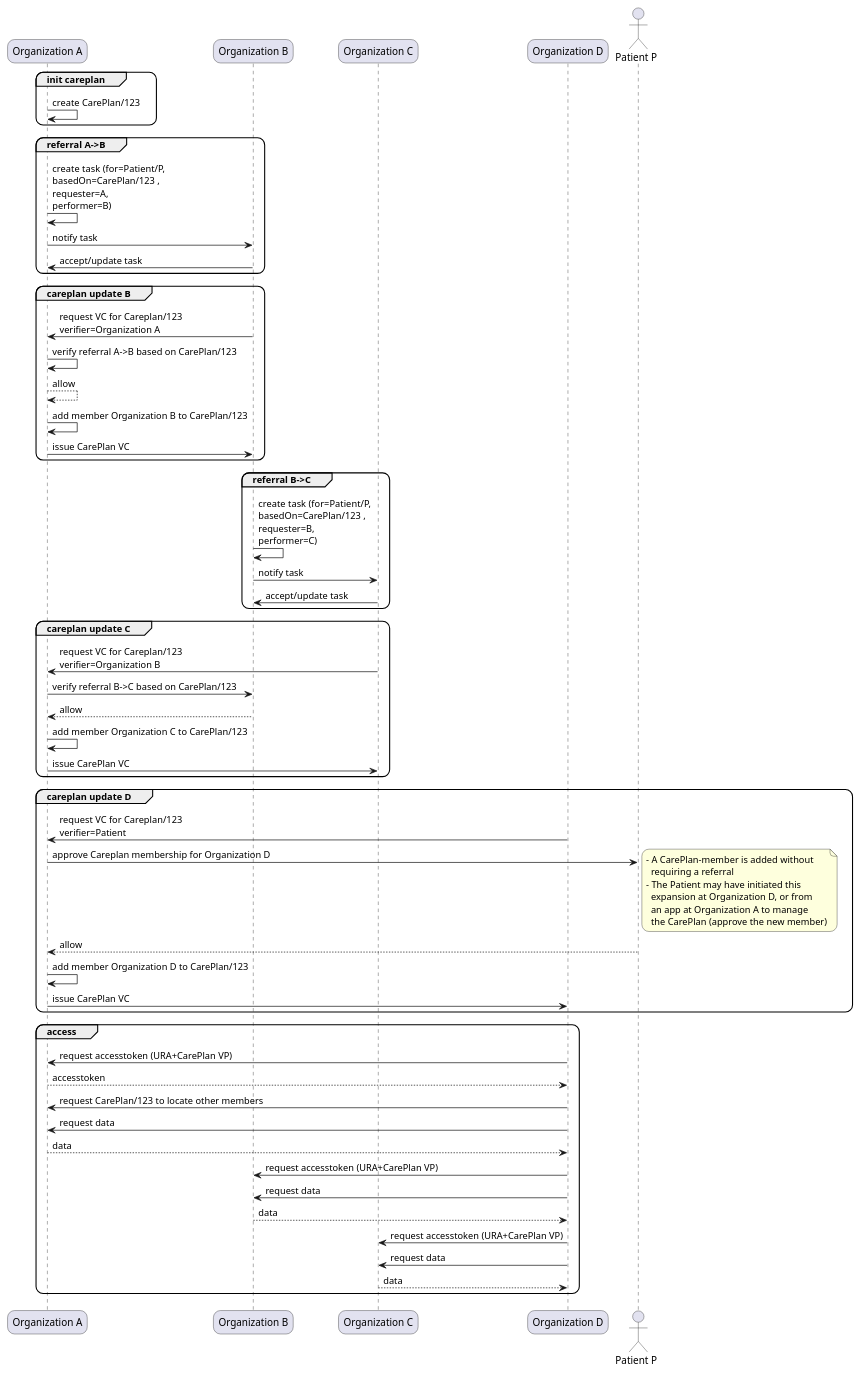
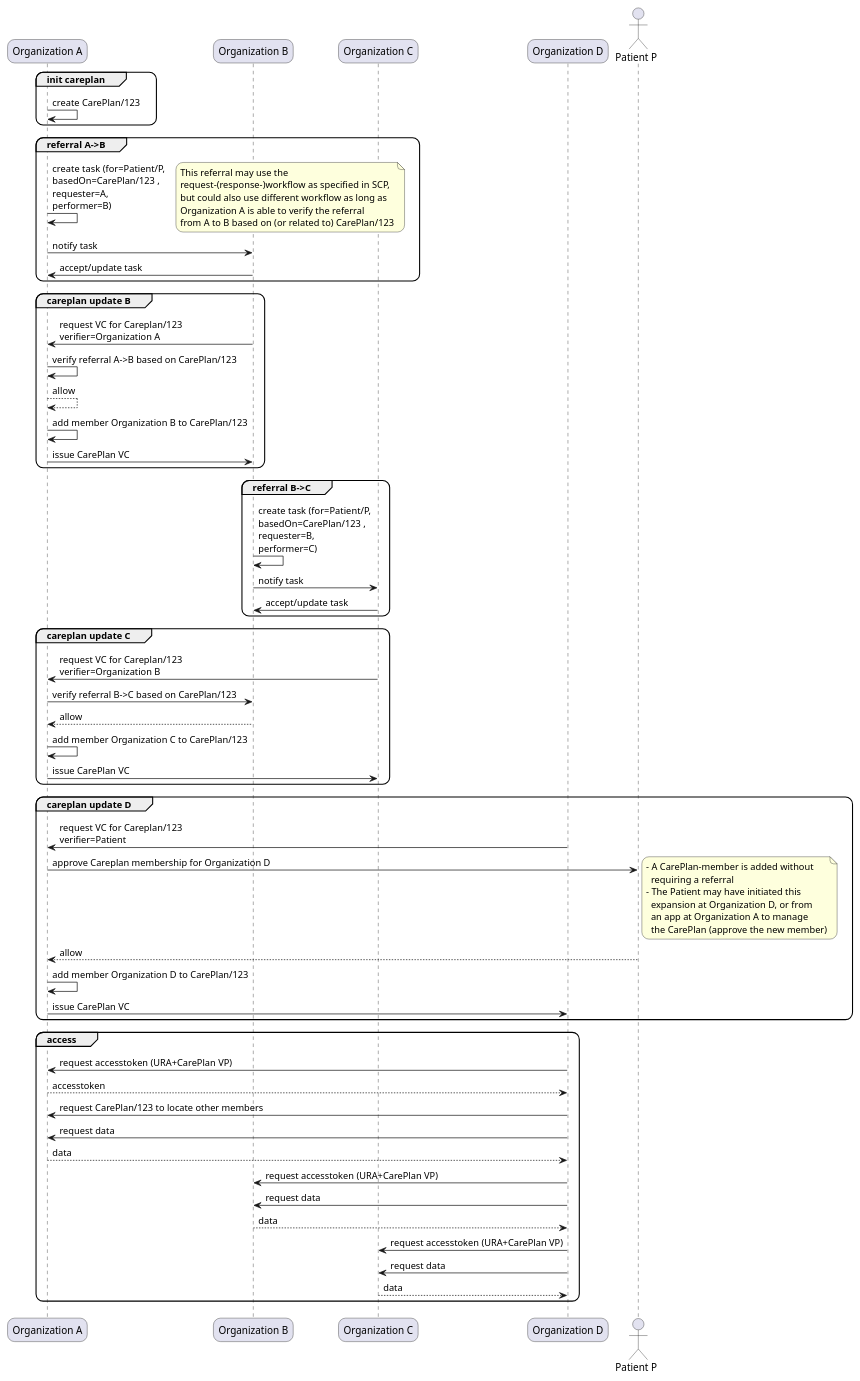
One commit to SanteonNL/shared-care-planning changed the diagram in input/images-source/careplan-updates.puml. Above: the diagram before and after it, drawn with PlantUML.

Commit message:
note for careplan update referral

```diff
--- a/input/images-source/careplan-updates.puml
+++ b/input/images-source/careplan-updates.puml
@@ -1,104 +1,110 @@
 @startuml careplan-updates
 
 skinparam roundcorner 20
 skinparam defaultFontName Arial 
 
 
 !pragma teoz true
 
 participant  org_a as "Organization A"
 participant  org_b as "Organization B"
 participant  org_c as "Organization C"
 participant  org_d as "Organization D"
 actor patient as "Patient P"
 ' database registry as "Discovery Service"
 
 ' group init organizations
 '     org_a -> org_a: self issue URA VC, Service-definition VC
 '     org_a -> registry: publish URA VP, Service-definition VP
 
 '     org_b -> org_b: self issue URA VC, Service-definition VC
 '     org_b -> registry: publish URA VP, Service-definition VP
 
 '     org_c -> org_c: self issue URA VC, Service-definition VC
 '     org_c -> registry: publish URA VP, Service-definition VP
 
 '     org_d -> org_c: self issue URA VC, Service-definition VC
 '     org_d -> registry: publish URA VP, Service-definition VP
 
 '     note right
 '         All services are now
 '         registered in the discovery service (Vanilla NUTS)
 '     end note
 
 ' end
 
 group init careplan 
  org_a -> org_a: create CarePlan/123
 end
 
 group referral A->B
    org_a -> org_a: create task (for=Patient/P, \nbasedOn=CarePlan/123 , \nrequester=A, \nperformer=B)
+    note right
+        This referral may use the 
+        request-(response-)workflow as specified in SCP,
+        but could also use different workflow as long as
+        Organization A is able to verify the referral 
+        from A to B based on (or related to) CarePlan/123
+    end note
    org_a -> org_b: notify task
    org_b -> org_a: accept/update task
-
 end
 
 group careplan update B
     org_b -> org_a: request VC for Careplan/123 \nverifier=Organization A
     org_a -> org_a: verify referral A->B based on CarePlan/123
     return allow
     org_a -> org_a: add member Organization B to CarePlan/123 
     org_a -> org_b: issue CarePlan VC
 end
 
 group referral B->C
    org_b -> org_b: create task (for=Patient/P, \nbasedOn=CarePlan/123 , \nrequester=B, \nperformer=C)
    org_b -> org_c: notify task
    org_c -> org_b: accept/update task
     ' note right
     '      - Patient is related to Organization A and B
     '      - Organization A has issued a task to Organization B
     '        for Patient
     '      - Organization B has accepted the task
     ' end note
 end
 
 group careplan update C
     org_c -> org_a: request VC for Careplan/123 \nverifier=Organization B
     org_a -> org_b: verify referral B->C based on CarePlan/123 
     return allow
     org_a -> org_a: add member Organization C to CarePlan/123 
     org_a -> org_c: issue CarePlan VC
 end
 
 group careplan update D
     org_d -> org_a: request VC for Careplan/123 \nverifier=Patient
     org_a -> patient: approve Careplan membership for Organization D 
     note right
          - A CarePlan-member is added without
            requiring a referral
          - The Patient may have initiated this
            expansion at Organization D, or from 
            an app at Organization A to manage
            the CarePlan (approve the new member)
     end note
     return allow
     org_a -> org_a: add member Organization D to CarePlan/123 
     org_a -> org_d: issue CarePlan VC
 end
 
 group access
     org_d -> org_a: request accesstoken (URA+CarePlan VP)
     return accesstoken
     org_d -> org_a: request CarePlan/123 to locate other members
     org_d -> org_a: request data
     return data
     org_d -> org_b: request accesstoken (URA+CarePlan VP)
     org_d -> org_b: request data
     return data
     org_d -> org_c: request accesstoken (URA+CarePlan VP)
     org_d -> org_c: request data
     return data
 end
 @enduml
```
